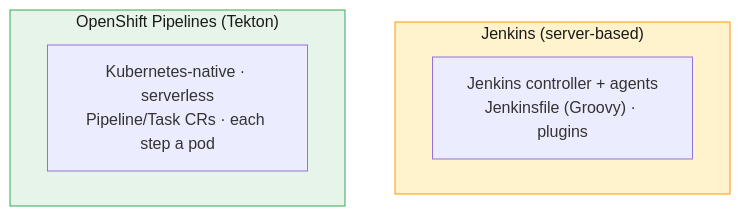
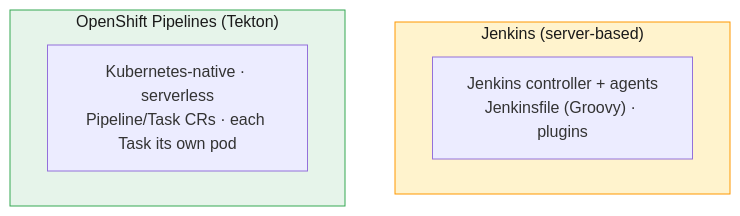
The sixth of 11 diagrams in guides/module-10-gitops-cicd-servicemesh.md (MIT-TRAINING/mobily-ocp), drawn with Mermaid before and after one commit. The commit also changed other lines of this file, not shown here.

````diff
--- a/guides/module-10-gitops-cicd-servicemesh.md
+++ b/guides/module-10-gitops-cicd-servicemesh.md
@@ -256,11 +256,11 @@
 ```mermaid
 flowchart TB
     subgraph JENK["Jenkins (server-based)"]
         J["Jenkins controller + agents<br/>Jenkinsfile (Groovy) · plugins"]
     end
     subgraph TEK["OpenShift Pipelines (Tekton)"]
-        T["Kubernetes-native · serverless<br/>Pipeline/Task CRs · each step a pod"]
+        T["Kubernetes-native · serverless<br/>Pipeline/Task CRs · each Task its own pod"]
     end
     style JENK fill:#fff3cd,stroke:#ff9800,stroke-width:1px,color:#1a1a1a
     style TEK fill:#e6f4ea,stroke:#34a853,stroke-width:1px,color:#1a1a1a
 ```
````
